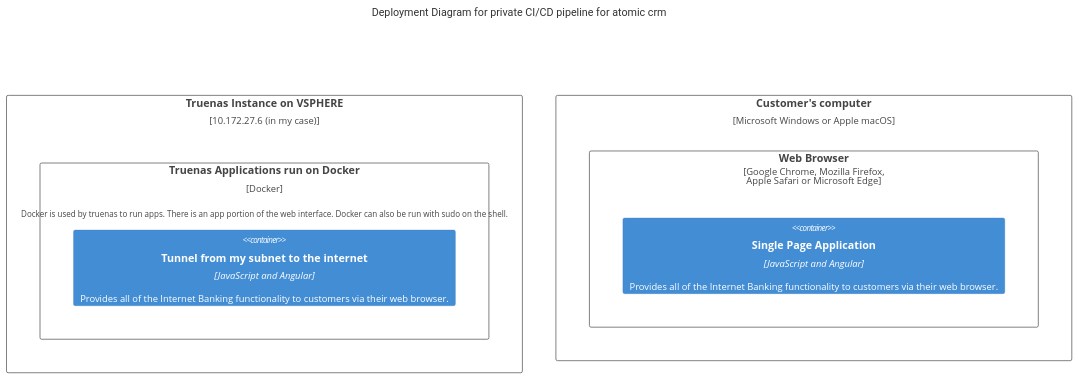
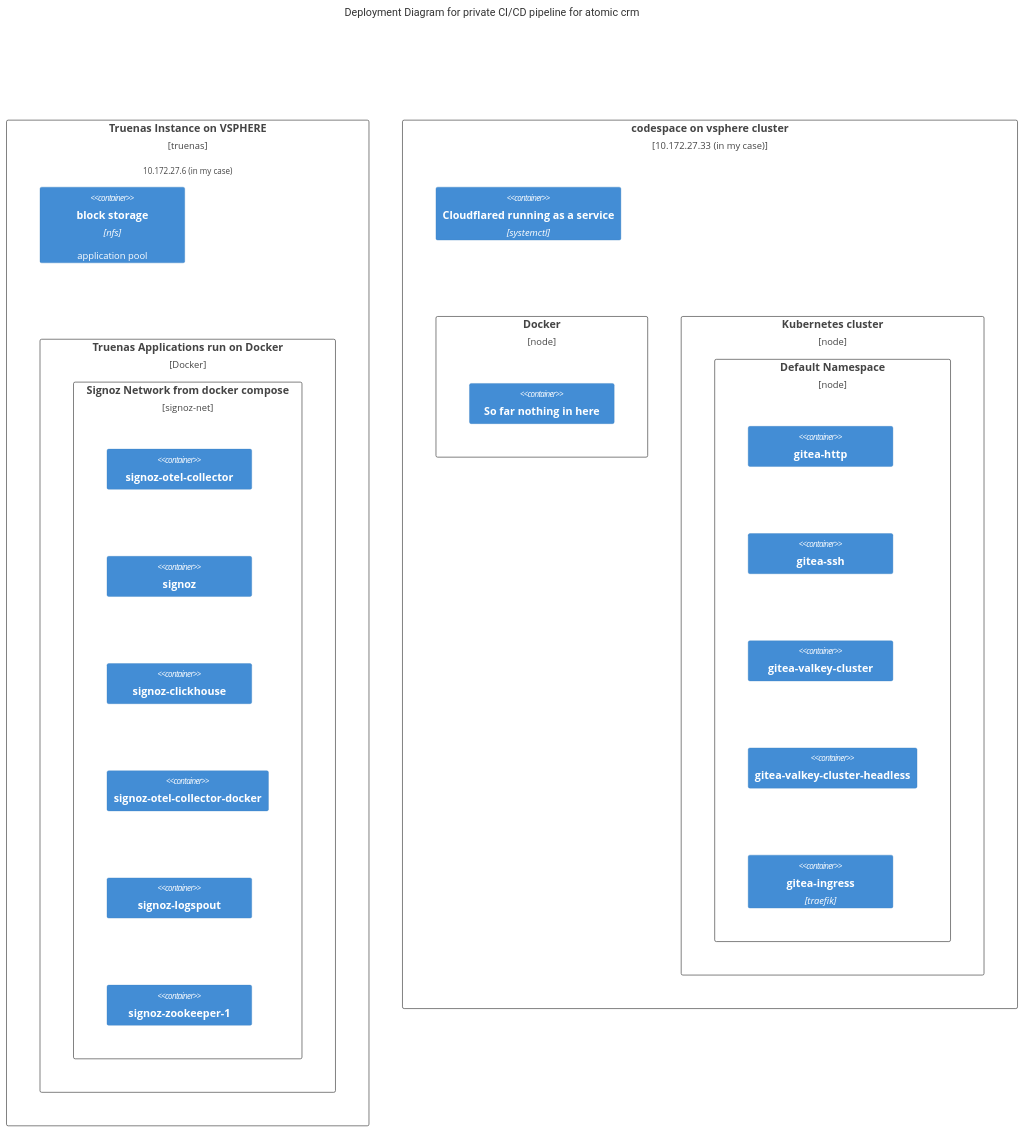
One commit to ojaydiddy-git/Assignment-4---CI-CD-on-K8s changed the diagram in README.md. Above: the diagram before and after it, drawn with Mermaid.

Commit message:
complete diagram

````diff
--- a/README.md
+++ b/README.md
@@ -14,19 +14,39 @@
 ```mermaid
     C4Deployment
     title Deployment Diagram for private CI/CD pipeline for atomic crm
 
-    Deployment_Node(truenas, "Truenas Instance on VSPHERE", "10.172.27.6 (in my case)"){
-        Deployment_Node(docker, "Truenas Applications run on Docker", "Docker", "Docker is used by truenas to run apps. There is an app portion of the web interface. Docker can also be run with sudo on the shell."){
+    Deployment_Node(truenas, "Truenas Instance on VSPHERE", "truenas", "10.172.27.6 (in my case)"){
+        Container(nfs, "block storage", "nfs","application pool")
+        Deployment_Node(docker, "Truenas Applications run on Docker", "Docker"){
             Container(cloudflared, "Tunnel from my subnet to the internet", "JavaScript and Angular", "Provides all of the Internet Banking functionality to customers via their web browser.")
+            Deployment_Node("signoz-net", "Signoz Network from docker compose", "signoz-net"){
+                Container("signoz-otel-collector","signoz-otel-collector")
+                Container("signoz", "signoz")
+                Container("signoz-clickhouse","signoz-clickhouse")
+                Container("signoz-otel-collector-docker", "signoz-otel-collector-docker")
+                Container("signoz-logspout", "signoz-logspout")
+                Container("signoz-zookeeper-1", "signoz-zookeeper-1")
+
+            }
 
         }
 
         
     }
 
-    Deployment_Node(comp, "Customer's computer", "Microsoft Windows or Apple macOS"){
-        Deployment_Node(browser, "Web Browser", "Google Chrome, Mozilla Firefox,<br/> Apple Safari or Microsoft Edge"){
-            Container(spa, "Single Page Application", "JavaScript and Angular", "Provides all of the Internet Banking functionality to customers via their web browser.")
+    Deployment_Node(ubuntu, "codespace on vsphere cluster", "10.172.27.33 (in my case)"){
+        Container(cloudflared, "Cloudflared running as a service", "systemctl")
+        Deployment_Node(alsodocker, "Docker"){
+            Container(na, "So far nothing in here")
+        }
+        Deployment_Node(kubernetes, "Kubernetes cluster"){
+            Deployment_Node(default, "Default Namespace"){
+                Container(gitea-http, "gitea-http")
+                Container(gitea-ssh, "gitea-ssh")
+                Container(gitea-valkey-cluster, "gitea-valkey-cluster")
+                Container(gitea-valkey-cluster-headless, "gitea-valkey-cluster-headless")
+                Container(gitea-ingress, "gitea-ingress", "traefik")
+            }
         }
     }
 ```
````
